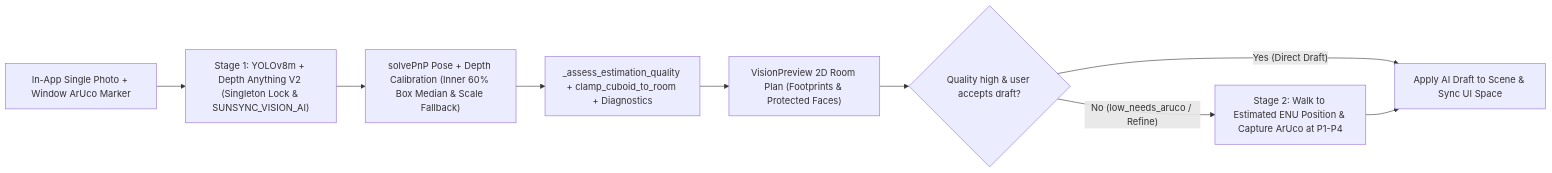
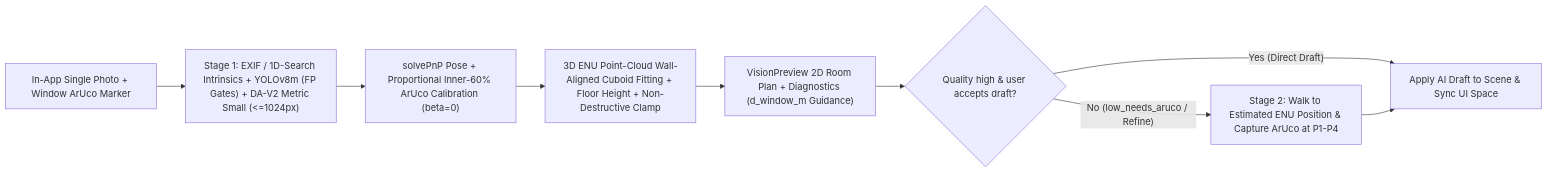
One commit to hing9-9-9/SunSync changed the third of 4 diagrams in docs/ai_applications/README.md. Above: the diagram before and after it, drawn with Mermaid. The commit also changed other lines of this file and 29 other files, not shown here.

````diff
--- a/docs/ai_applications/README.md
+++ b/docs/ai_applications/README.md
@@ -219,11 +221,11 @@
 ```mermaid
 flowchart LR
-    IMG["In-App Single Photo + Window ArUco Marker"] --> S1["Stage 1: YOLOv8m + Depth Anything V2 (Singleton Lock & SUNSYNC_VISION_AI)"]
-    S1 --> CAL["solvePnP Pose + Depth Calibration (Inner 60% Box Median & Scale Fallback)"]
-    CAL --> QUAL["_assess_estimation_quality + clamp_cuboid_to_room + Diagnostics"]
-    QUAL --> PREV["VisionPreview 2D Room Plan (Footprints & Protected Faces)"]
+    IMG["In-App Single Photo + Window ArUco Marker"] --> S1["Stage 1: EXIF / 1D-Search Intrinsics + YOLOv8m (FP Gates) + DA-V2 Metric Small (<=1024px)"]
+    S1 --> CAL["solvePnP Pose + Proportional Inner-60% ArUco Calibration (beta=0)"]
+    CAL --> PC["3D ENU Point-Cloud Wall-Aligned Cuboid Fitting + Floor Height + Non-Destructive Clamp"]
+    PC --> PREV["VisionPreview 2D Room Plan + Diagnostics (d_window_m Guidance)"]
     PREV --> DEC{"Quality high & user accepts draft?"}
     DEC -- "Yes (Direct Draft)" --> SAVE["Apply AI Draft to Scene & Sync UI Space"]
     DEC -- "No (low_needs_aruco / Refine)" --> S2["Stage 2: Walk to Estimated ENU Position & Capture ArUco at P1-P4"]
     S2 --> SAVE
 ```
````
